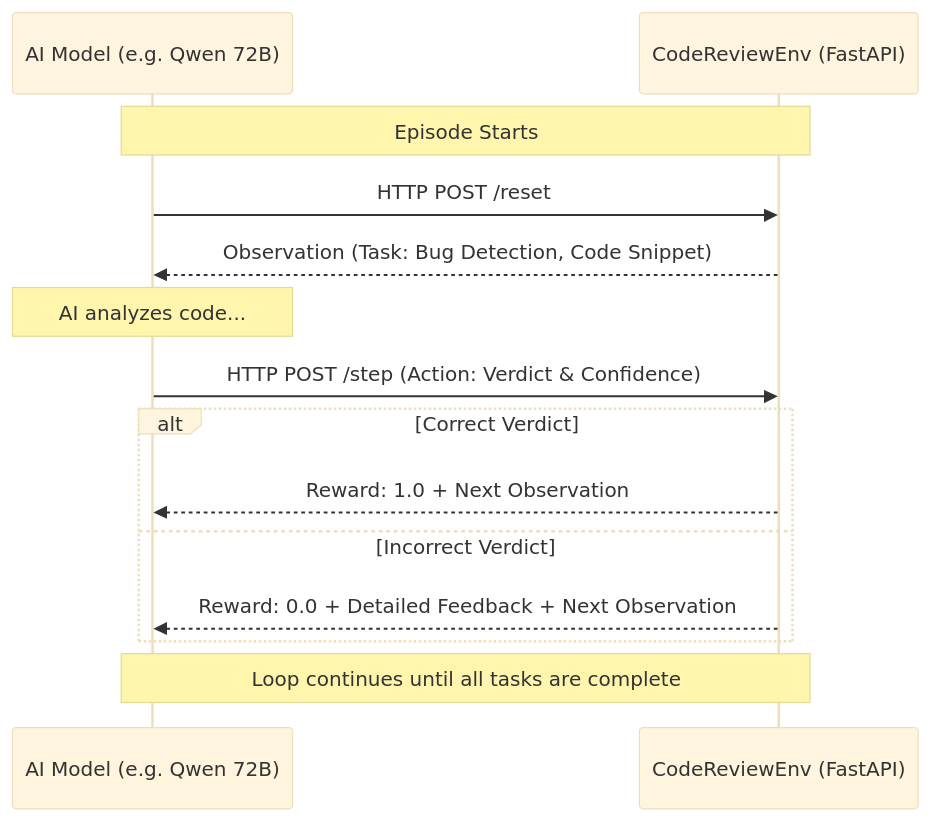
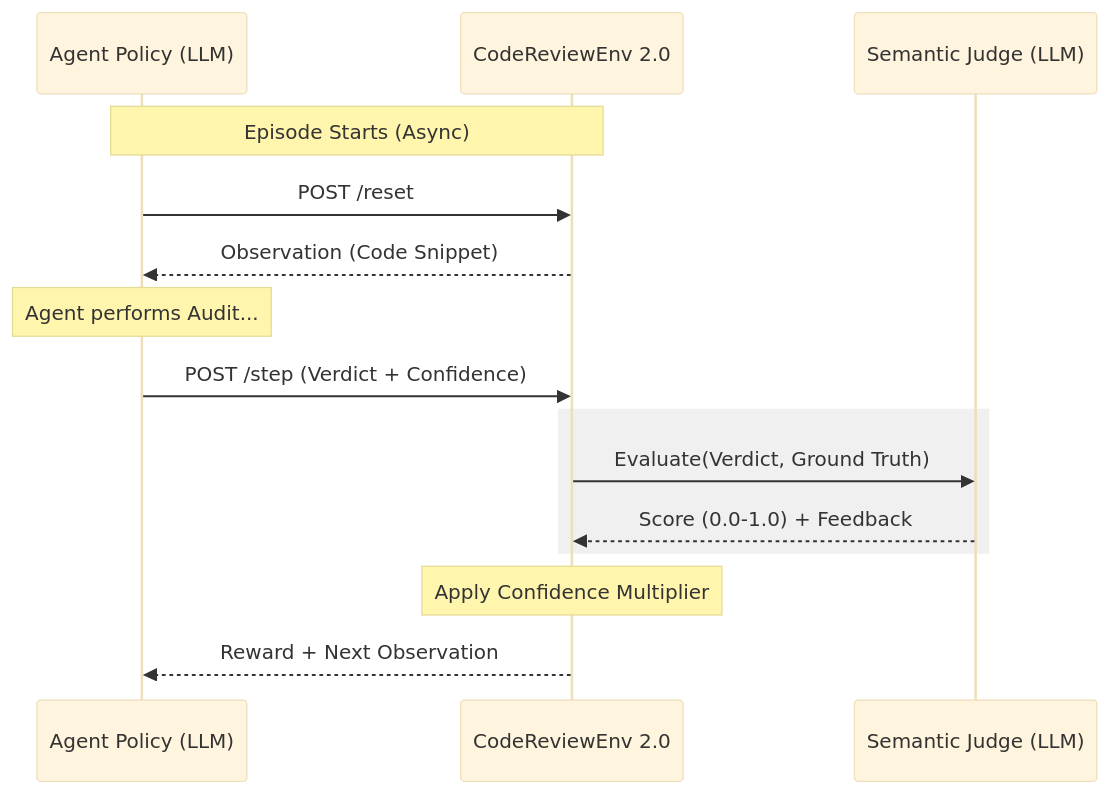
The diagram in PROJECT_DOCUMENTATION.md (mahesh-mettireddy/AIGym-CodeReviewEnv), drawn with Mermaid (base theme) before and after one commit. The commit also changed other lines of this file and 9 other files, not shown here.

Commit message:
🚀 CodeReviewEnv 2.0: Massive Scale, Semantic Judging, and RL Training Harness

````diff
--- a/PROJECT_DOCUMENTATION.md
+++ b/PROJECT_DOCUMENTATION.md
@@ -29,20 +24,22 @@
 ```mermaid
 sequenceDiagram
-    participant Agent as AI Model (e.g. Qwen 72B)
-    participant Server as CodeReviewEnv (FastAPI)
+    participant Agent as Agent Policy (LLM)
+    participant Server as CodeReviewEnv 2.0
+    participant Judge as Semantic Judge (LLM)
     
-    Note over Agent, Server: Episode Starts
-    Agent->>Server: HTTP POST /reset
-    Server-->>Agent: Observation (Task: Bug Detection, Code Snippet)
+    Note over Agent, Server: Episode Starts (Async)
+    Agent->>Server: POST /reset
+    Server-->>Agent: Observation (Code Snippet)
     
-    Note over Agent: AI analyzes code...
-    Agent->>Server: HTTP POST /step (Action: Verdict & Confidence)
+    Note over Agent: Agent performs Audit...
+    Agent->>Server: POST /step (Verdict + Confidence)
     
-    alt Correct Verdict
-        Server-->>Agent: Reward: 1.0 + Next Observation
-    else Incorrect Verdict
-        Server-->>Agent: Reward: 0.0 + Detailed Feedback + Next Observation
+    rect rgb(240, 240, 240)
+        Server->>Judge: Evaluate(Verdict, Ground Truth)
+        Judge-->>Server: Score (0.0-1.0) + Feedback
     end
     
-    Note over Agent, Server: Loop continues until all tasks are complete
+    Note over Server: Apply Confidence Multiplier
+    
+    Server-->>Agent: Reward + Next Observation
 ```
````
